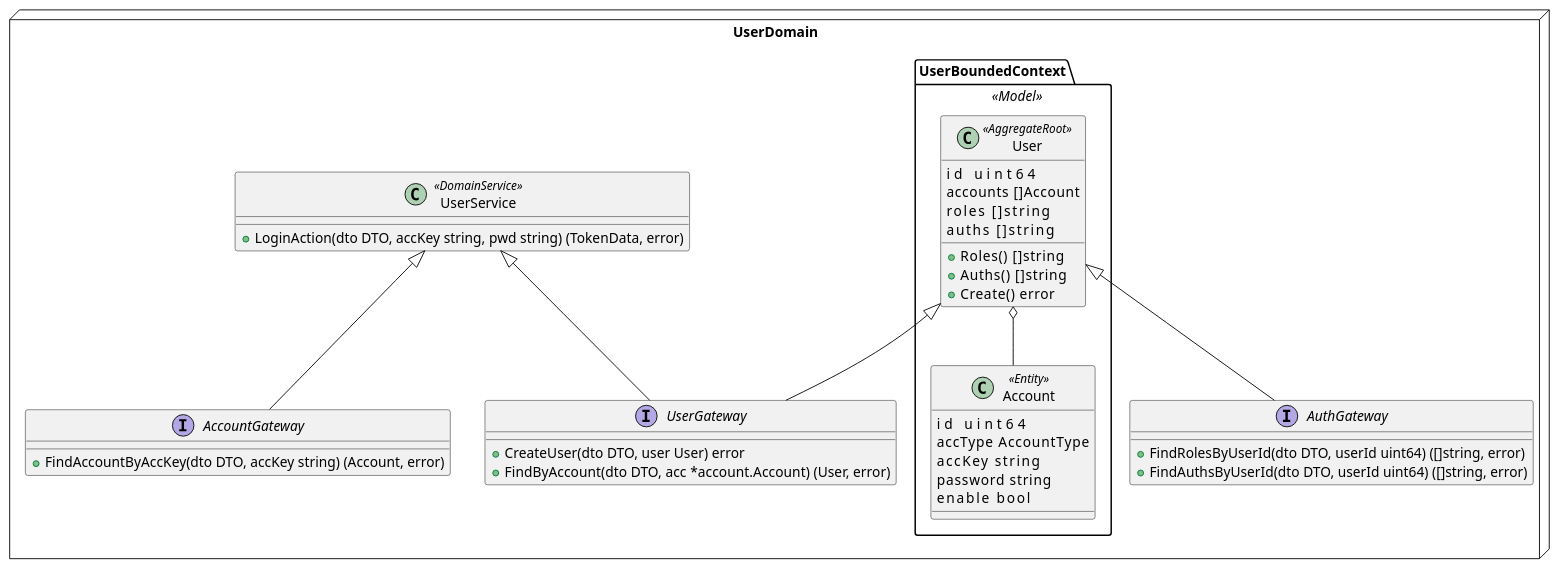
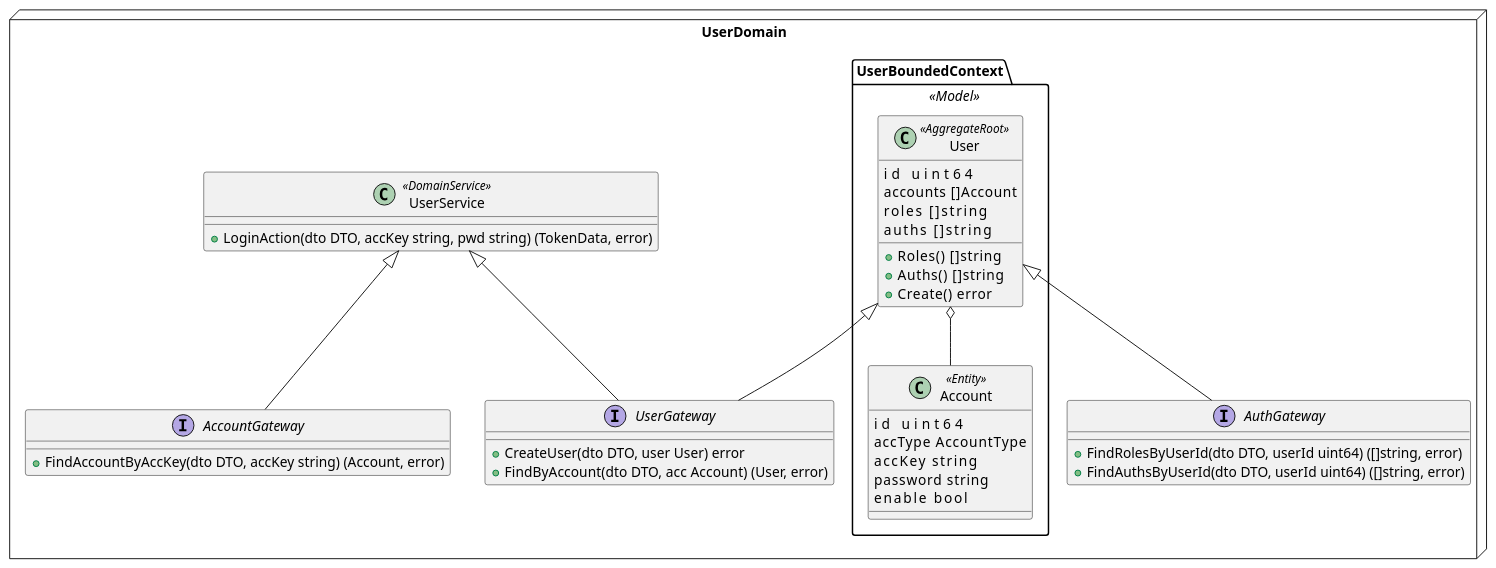
Before and after one commit to zhanjunjie2019/colago: the diagram in doc/user-domain.puml, drawn with PlantUML. The commit also changed 3 other files, not shown here.

```diff
--- a/doc/user-domain.puml
+++ b/doc/user-domain.puml
@@ -1,41 +1,41 @@
 @startuml
 namespace UserDomain<<Node>>{
     namespace UserBoundedContext<<Model>>{
         class User<<AggregateRoot>>{
             id          uint64
             accounts    []Account
             roles       []string
             auths       []string
             +Roles()    []string
             +Auths()    []string
             +Create()   error
         }
         class Account<<Entity>>{
             id          uint64
             accType     AccountType
             accKey      string
             password    string
             enable      bool
         }
         User o-- Account
         User <|-- UserDomain.UserGateway
         User <|-- UserDomain.AuthGateway
     }
     class UserService<<DomainService>>{
         +LoginAction(dto DTO, accKey string, pwd string) (TokenData, error)
     }
     interface UserGateway{
         +CreateUser(dto DTO, user User) error
-        +FindByAccount(dto DTO, acc *account.Account) (User, error)
+        +FindByAccount(dto DTO, acc Account) (User, error)
     }
     interface AccountGateway{
         +FindAccountByAccKey(dto DTO, accKey string) (Account, error)
     }
     interface AuthGateway{
         +FindRolesByUserId(dto DTO, userId uint64) ([]string, error)
 	    +FindAuthsByUserId(dto DTO, userId uint64) ([]string, error)
     }
     UserService <|-- AccountGateway
     UserService <|-- UserGateway
 }
 @enduml
```
